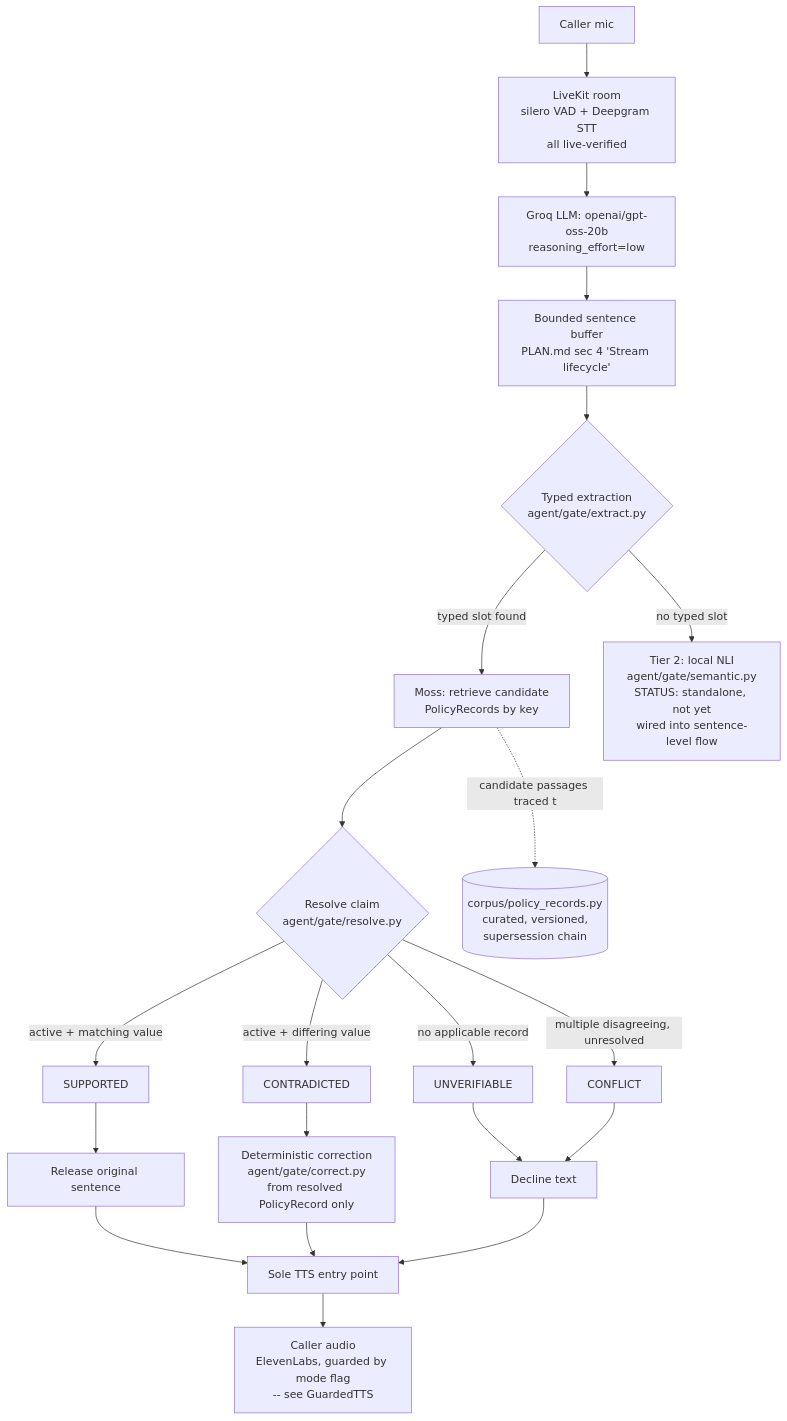
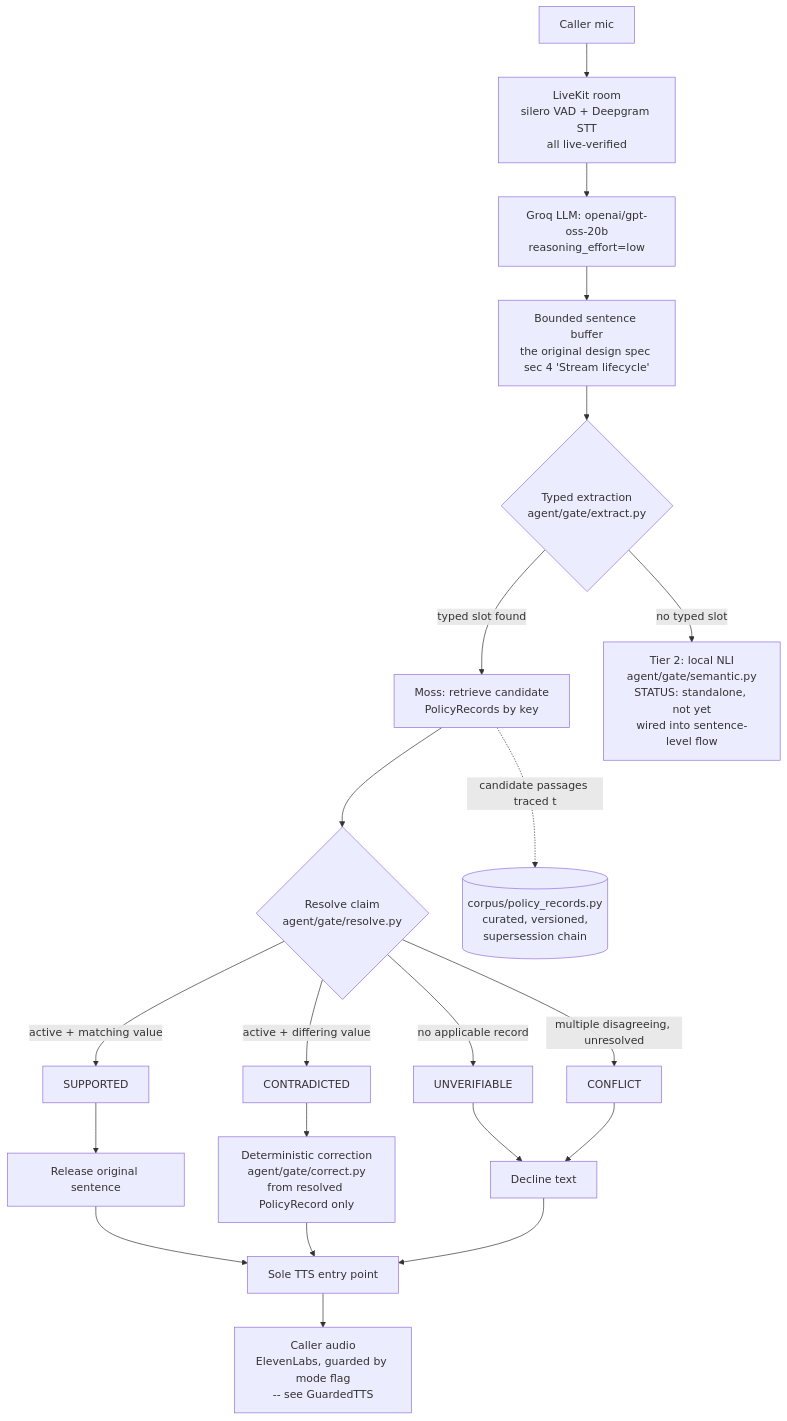
The diagram in docs/ARCHITECTURE.md (AshrafAhmed9/hesitate), drawn with Mermaid before and after one commit. The commit also changed other lines of this file and 31 other files, not shown here.

````diff
--- a/docs/ARCHITECTURE.md
+++ b/docs/ARCHITECTURE.md
@@ -7,24 +7,24 @@
 ```mermaid
 flowchart TD
     A[Caller mic] --> B[LiveKit room<br/>silero VAD + Deepgram STT<br/>all live-verified]
     B --> C[Groq LLM: openai/gpt-oss-20b<br/>reasoning_effort=low]
-    C --> D[Bounded sentence buffer<br/>PLAN.md sec 4 'Stream lifecycle']
+    C --> D[Bounded sentence buffer<br/>the original design spec sec 4 'Stream lifecycle']
     D --> E{Typed extraction<br/>agent/gate/extract.py}
     E -->|typed slot found| F[Moss: retrieve candidate<br/>PolicyRecords by key]
     E -->|no typed slot| G[Tier 2: local NLI<br/>agent/gate/semantic.py<br/>STATUS: standalone, not yet<br/>wired into sentence-level flow]
     F --> H{Resolve claim<br/>agent/gate/resolve.py}
     H -->|active + matching value| I[SUPPORTED]
     H -->|active + differing value| J[CONTRADICTED]
     H -->|no applicable record| K[UNVERIFIABLE]
     H -->|multiple disagreeing, unresolved| L[CONFLICT]
     I --> M[Release original sentence]
     J --> N[Deterministic correction<br/>agent/gate/correct.py<br/>from resolved PolicyRecord only]
     K --> O[Decline text]
     L --> O
     M --> P[Sole TTS entry point]
     N --> P
     O --> P
     P --> Q[Caller audio<br/>ElevenLabs, guarded by mode flag<br/>-- see GuardedTTS]
 
     F -.candidate passages traced to.-> R[(corpus/policy_records.py<br/>curated, versioned,<br/>supersession chain)]
 ```
````
